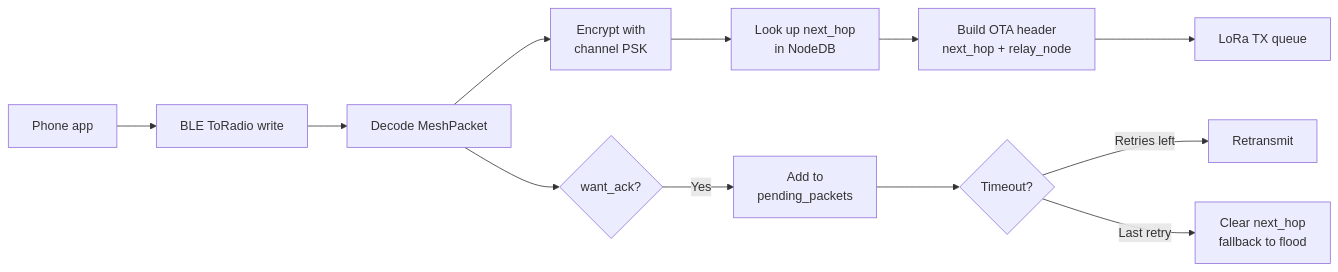
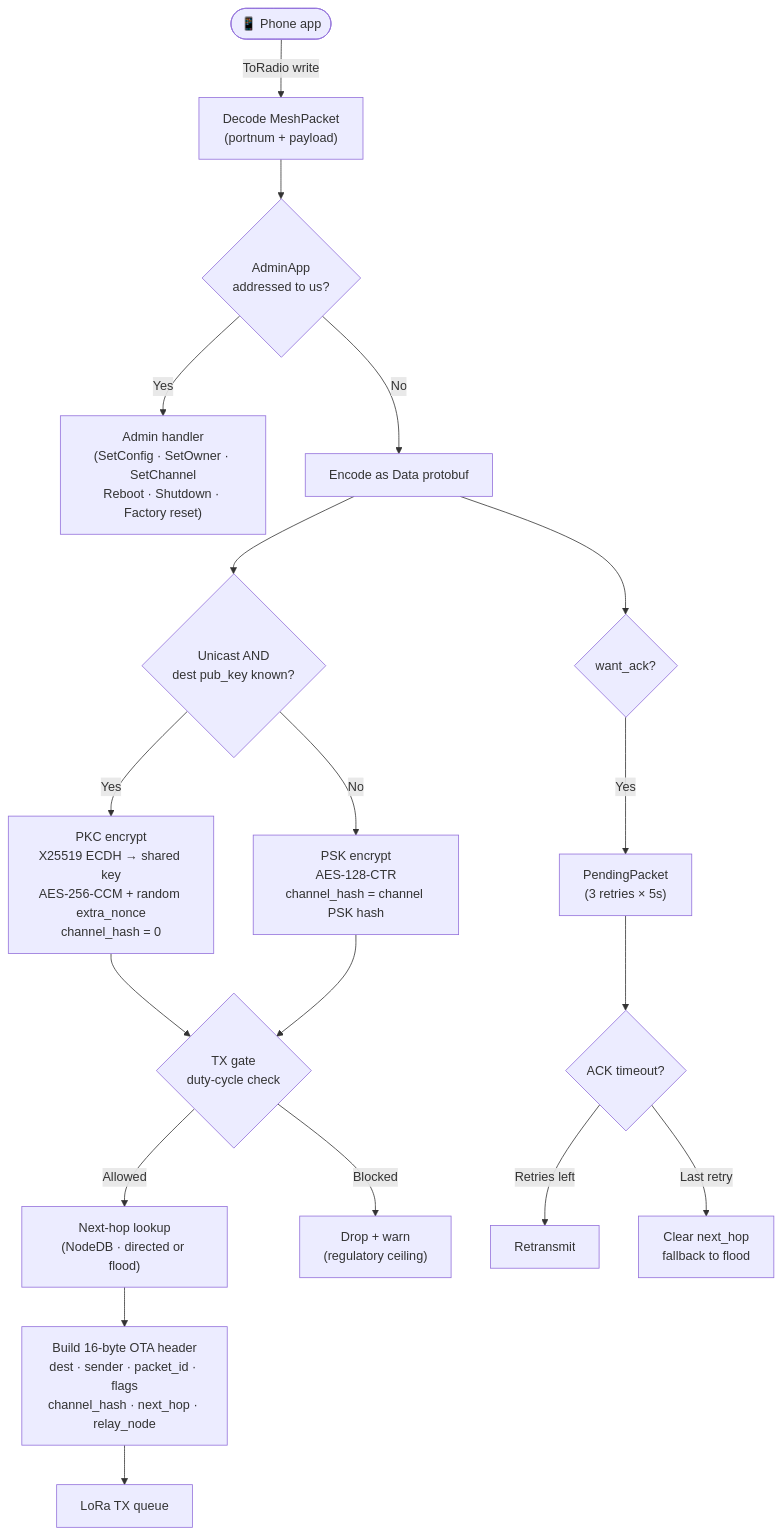
The third of 6 diagrams in README.md (psytraxx/meshtastenstein-rs), drawn with Mermaid before and after one commit. The commit also changed other lines of this file and 28 other files, not shown here.

````diff
--- a/README.md
+++ b/README.md
@@ -107,14 +153,29 @@
 ```mermaid
-flowchart LR
-    PHONE[Phone app] --> BLE_RX[BLE ToRadio write]
-    BLE_RX --> DECODE[Decode MeshPacket]
-    DECODE --> ENCRYPT[Encrypt with<br/>channel PSK]
-    ENCRYPT --> NEXTHOP[Look up next_hop<br/>in NodeDB]
-    NEXTHOP --> HEADER[Build OTA header<br/>next_hop + relay_node]
-    HEADER --> TX[LoRa TX queue]
-    DECODE --> TRACK{want_ack?}
-    TRACK -- Yes --> PENDING[Add to<br/>pending_packets]
-    PENDING --> RETRY{Timeout?}
-    RETRY -- "Retries left" --> RESEND[Retransmit]
-    RETRY -- "Last retry" --> FLOOD[Clear next_hop<br/>fallback to flood]
+flowchart TD
+    PHONE(["📱 Phone app"])
+    PHONE -->|"ToRadio write"| DECODE["Decode MeshPacket<br/>(portnum + payload)"]
+
+    DECODE --> ADMIN{AdminApp<br/>addressed to us?}
+    ADMIN -- Yes --> ADMIN_H["Admin handler<br/>(SetConfig · SetOwner · SetChannel<br/>Reboot · Shutdown · Factory reset)"]
+    ADMIN -- No --> ENCODE["Encode as Data protobuf"]
+
+    ENCODE --> PKCQ{Unicast AND<br/>dest pub_key known?}
+
+    PKCQ -- Yes --> PKC_TX["PKC encrypt<br/>X25519 ECDH → shared key<br/>AES-256-CCM + random extra_nonce<br/>channel_hash = 0"]
+    PKCQ -- No --> PSK_TX["PSK encrypt<br/>AES-128-CTR<br/>channel_hash = channel PSK hash"]
+
+    PKC_TX --> DUTY{TX gate<br/>duty-cycle check}
+    PSK_TX --> DUTY
+
+    DUTY -- Allowed --> NH["Next-hop lookup<br/>(NodeDB · directed or flood)"]
+    DUTY -- Blocked --> WARN["Drop + warn<br/>(regulatory ceiling)"]
+
+    NH --> HEADER["Build 16-byte OTA header<br/>dest · sender · packet_id · flags<br/>channel_hash · next_hop · relay_node"]
+    HEADER --> LORA["LoRa TX queue"]
+
+    ENCODE --> TRACK{want_ack?}
+    TRACK -- Yes --> PENDING["PendingPacket<br/>(3 retries × 5s)"]
+    PENDING --> TIMEOUT{ACK timeout?}
+    TIMEOUT -- "Retries left" --> RESEND["Retransmit"]
+    TIMEOUT -- "Last retry" --> FALLBACK["Clear next_hop<br/>fallback to flood"]
 ```
````
